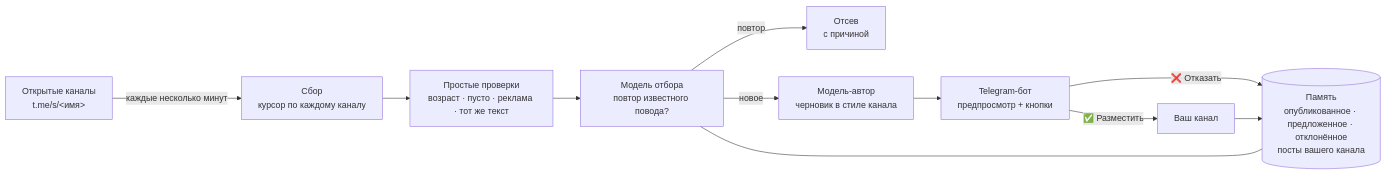
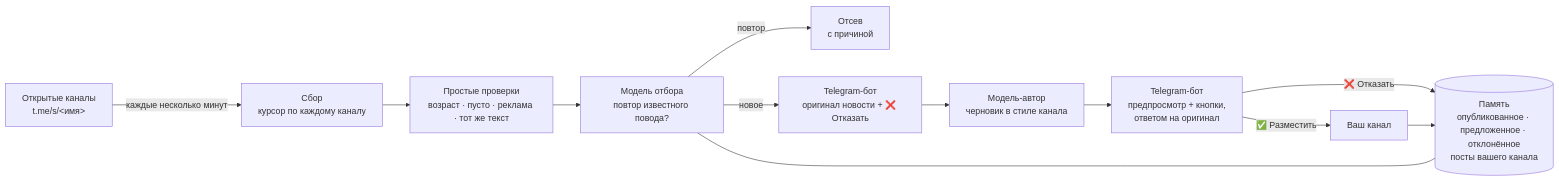
Before and after one commit to AiXenix/AiXenix-Telegram-Scraper-AI: the diagram in README.ru.md, drawn with Mermaid. The commit also changed other lines of this file and 17 other files, not shown here.

````diff
--- a/README.ru.md
+++ b/README.ru.md
@@ -58,13 +59,14 @@
 ```mermaid
 flowchart LR
     S["Открытые каналы<br/>t.me/s/&lt;имя&gt;"] -->|"каждые несколько минут"| C["Сбор<br/>курсор по каждому каналу"]
     C --> P["Простые проверки<br/>возраст · пусто · реклама · тот же текст"]
     P --> F["Модель отбора<br/>повтор известного повода?"]
     M[("Память<br/>опубликованное · предложенное · отклонённое<br/>посты вашего канала")] --- F
     F -->|"повтор"| X["Отсев<br/>с причиной"]
-    F -->|"новое"| W["Модель-автор<br/>черновик в стиле канала"]
-    W --> B["Telegram-бот<br/>предпросмотр + кнопки"]
+    F -->|"новое"| O["Telegram-бот<br/>оригинал новости + ❌ Отказать"]
+    O --> W["Модель-автор<br/>черновик в стиле канала"]
+    W --> B["Telegram-бот<br/>предпросмотр + кнопки,<br/>ответом на оригинал"]
     B -->|"✅ Разместить"| CH["Ваш канал"]
     B -->|"❌ Отказать"| M
     CH --> M
 ```
````
